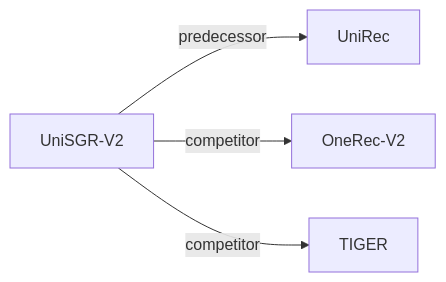
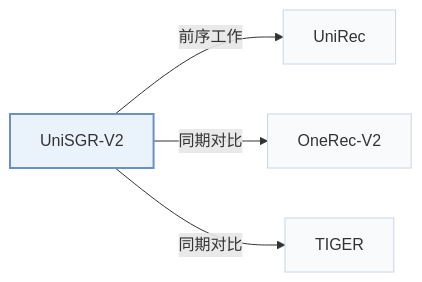
One commit to Galaxy-ghost/Awesome-SID-Generative-Rec changed the second of 2 diagrams in pages/zh/papers/unisgr-v2.md. Above: the diagram before and after it, drawn with Mermaid. The commit also changed other lines of this file and 649 other files, not shown here.

Commit message:
writer-05: also tags and modality index (schema, check, build, visuals); summary field removed; calibration data for 12 papers

````diff
--- a/pages/zh/papers/unisgr-v2.md
+++ b/pages/zh/papers/unisgr-v2.md
@@ -67,7 +71,11 @@
 ```mermaid
 flowchart LR
     P["UniSGR-V2"]
-    P -->|predecessor| A["UniRec"]
-    P -->|competitor| B["OneRec-V2"]
-    P -->|competitor| C["TIGER"]
+    P -->|"前序工作"| A["UniRec"]
+    P -->|"同期对比"| B["OneRec-V2"]
+    P -->|"同期对比"| C["TIGER"]
+    classDef main fill:#eaf2fb,stroke:#6b8fc7,stroke-width:2px
+    classDef peer fill:#f8fafc,stroke:#cbd5e1
+    class P main
+    class A,B,C peer
 ```
````
